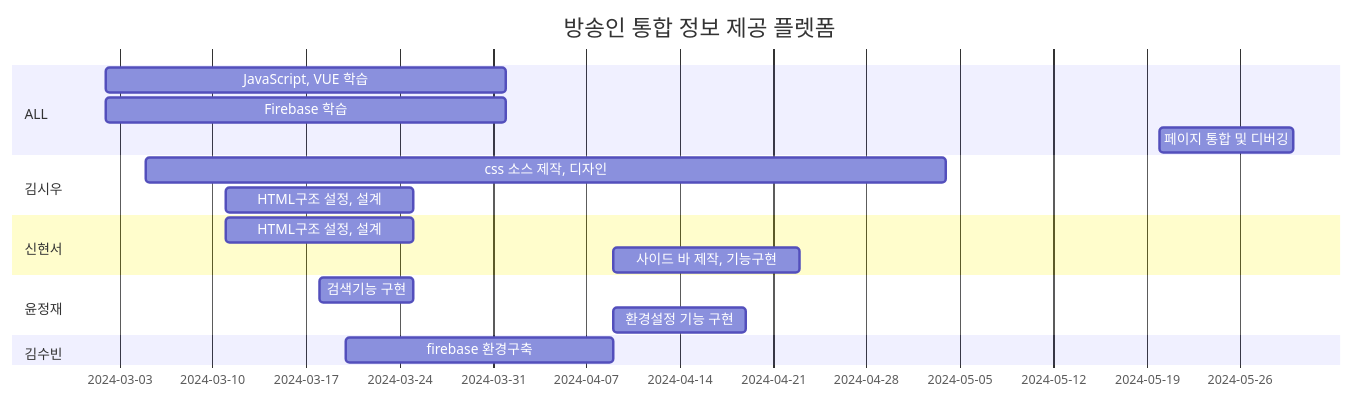
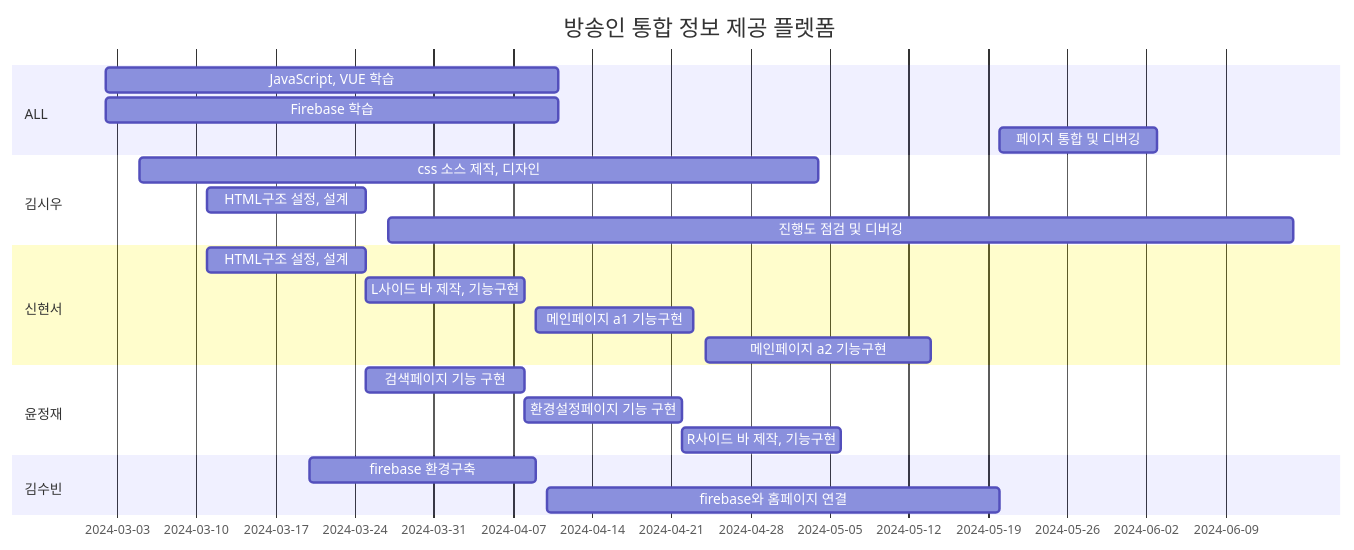
The diagram in README.md (kimsiwoo12/kimsiwoo12), drawn with Mermaid before and after one commit.

````diff
--- a/README.md
+++ b/README.md
@@ -8,25 +8,30 @@
 ```mermaid
 gantt
     title 방송인 통합 정보 제공 플렛폼
     dateFormat  YYYY-MM-DD
 
     section ALL
-    JavaScript, VUE 학습     :a1, 2024-03-02, 30d
-    Firebase 학습            :a2, 2024-03-02, 30d
-    페이지 통합 및 디버깅    :a3, 2024-05-20, 10d
+    JavaScript, VUE 학습     :a1, 2024-03-02, 40d
+    Firebase 학습            :a2, 2024-03-02, 40d
+    페이지 통합 및 디버깅    :a3, 2024-05-20, 14d
 
     section 김시우
     css 소스 제작, 디자인    :a1, 2024-03-05, 60d
     HTML구조 설정, 설계      :a2, 2024-03-11, 14d
+    진행도 점검 및 디버깅    :a3, 2024-03-27, 80d
 
     section 신현서
-    HTML구조 설정, 설계     :a1, 2024-03-11, 14d
-    사이드 바 제작, 기능구현          :after a1, 14d
+    HTML구조 설정, 설계         :a1, 2024-03-11, 14d
+    L사이드 바 제작, 기능구현   :a2, 2024-03-25, 14d
+    메인페이지 a1 기능구현      :a3, 2024-04-09, 14d
+    메인페이지 a2 기능구현      :a4, 2024-04-24, 20d
 
     section 윤정재
-    검색기능 구현           :a1, 2024-03-18, 7d
-    환경설정 기능 구현      :after a1, 10d
+    검색페이지 기능 구현          :a1, 2024-03-25, 14d
+    환경설정페이지 기능 구현      :a2, 2024-04-08, 14d
+    R사이드 바 제작, 기능구현     :a3, 2024-04-22, 14d
 
     section 김수빈
-    firebase 환경구축        :a1, 2024-03-20  , 20d
+    firebase 환경구축        :a1, 2024-03-20, 20d
+    firebase와 홈페이지 연결 :a2, 2024-04-10, 40d
 ```
````
